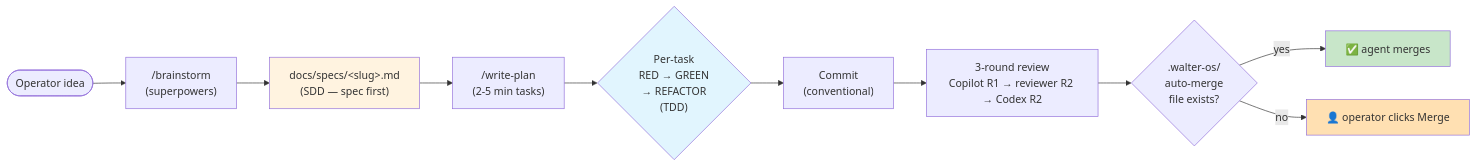
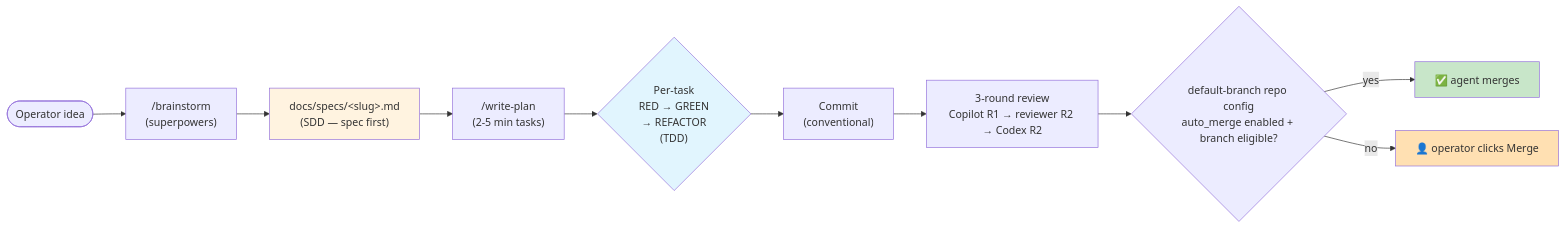
Before and after one commit to Xipher-Labs/walter-os: the second of 2 diagrams in README.md, drawn with Mermaid. The commit also changed other lines of this file and 5 other files, not shown here.

First line of the commit message:
docs: fold auto-merge policy into repo config

````diff
--- a/README.md
+++ b/README.md
@@ -234,17 +234,17 @@
 ```mermaid
 flowchart LR
     Idea([Operator idea]) --> Brainstorm["/brainstorm<br/>(superpowers)"]
     Brainstorm --> Spec["docs/specs/&lt;slug&gt;.md<br/>(SDD — spec first)"]
     Spec --> Plan["/write-plan<br/>(2-5 min tasks)"]
     Plan --> RGR{"Per-task<br/>RED → GREEN<br/>→ REFACTOR<br/>(TDD)"}
     RGR --> Commit["Commit<br/>(conventional)"]
     Commit --> Review["3-round review<br/>Copilot R1 → reviewer R2 → Codex R2"]
-    Review --> Merge{".walter-os/<br/>auto-merge<br/>file exists?"}
+    Review --> Merge{"default-branch repo config<br/>auto_merge enabled + branch eligible?"}
     Merge -->|yes| Auto["✅ agent merges"]
     Merge -->|no| Manual["👤 operator clicks Merge"]
 
     style Spec fill:#fff3e0
     style RGR fill:#e1f5fe
     style Auto fill:#c8e6c9
     style Manual fill:#ffe0b2
 ```
````
